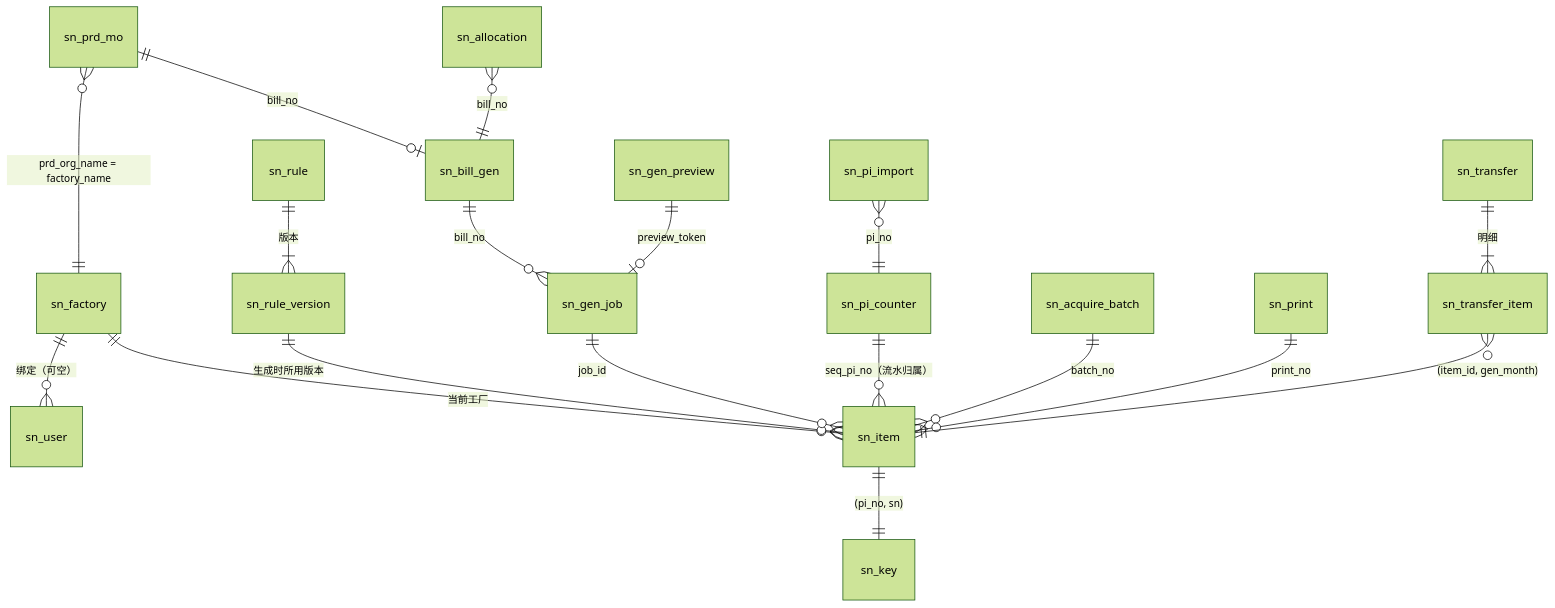
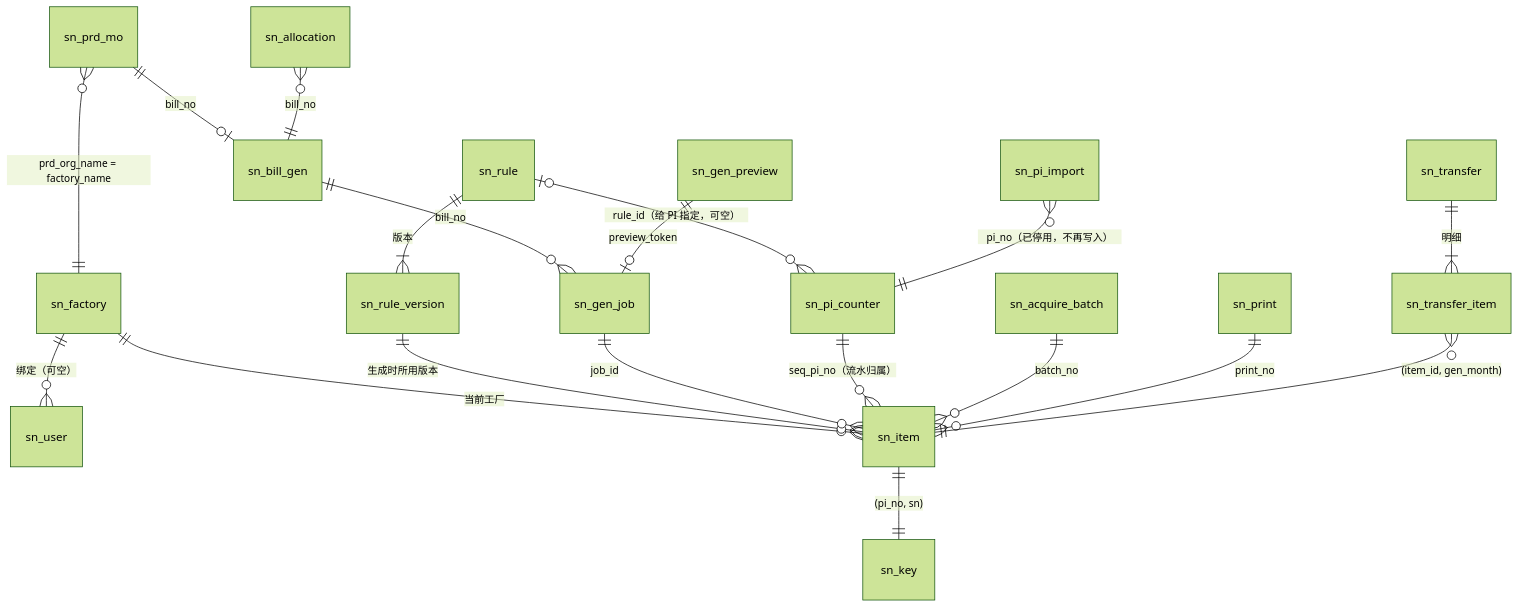
Before and after one commit to Createsnow/sn-center: the diagram in docs/数据库表设计.md, drawn with Mermaid (forest theme). The commit also changed other lines of this file and 27 other files, not shown here.

First line of the commit message:
文档：逐份对照代码校对其余文档，重画过期的架构图

````diff
--- a/docs/数据库表设计.md
+++ b/docs/数据库表设计.md
@@ -32,20 +32,21 @@
 ```mermaid
 erDiagram
     sn_factory ||--o{ sn_user : "绑定（可空）"
     sn_factory ||--o{ sn_item : "当前工厂"
     sn_rule ||--|{ sn_rule_version : "版本"
+    sn_rule |o--o{ sn_pi_counter : "rule_id（给 PI 指定，可空）"
     sn_rule_version ||--o{ sn_item : "生成时所用版本"
     sn_prd_mo }o--|| sn_factory : "prd_org_name = factory_name"
     sn_prd_mo ||--o| sn_bill_gen : "bill_no"
     sn_bill_gen ||--o{ sn_gen_job : "bill_no"
     sn_gen_preview ||--o| sn_gen_job : "preview_token"
     sn_gen_job ||--o{ sn_item : "job_id"
     sn_pi_counter ||--o{ sn_item : "seq_pi_no（流水归属）"
     sn_item ||--|| sn_key : "(pi_no, sn)"
     sn_acquire_batch ||--o{ sn_item : "batch_no"
     sn_print ||--o{ sn_item : "print_no"
     sn_transfer ||--|{ sn_transfer_item : "明细"
     sn_transfer_item }o--|| sn_item : "(item_id, gen_month)"
     sn_allocation }o--|| sn_bill_gen : "bill_no"
-    sn_pi_import }o--|| sn_pi_counter : "pi_no"
+    sn_pi_import }o--|| sn_pi_counter : "pi_no（已停用，不再写入）"
 ```
````
